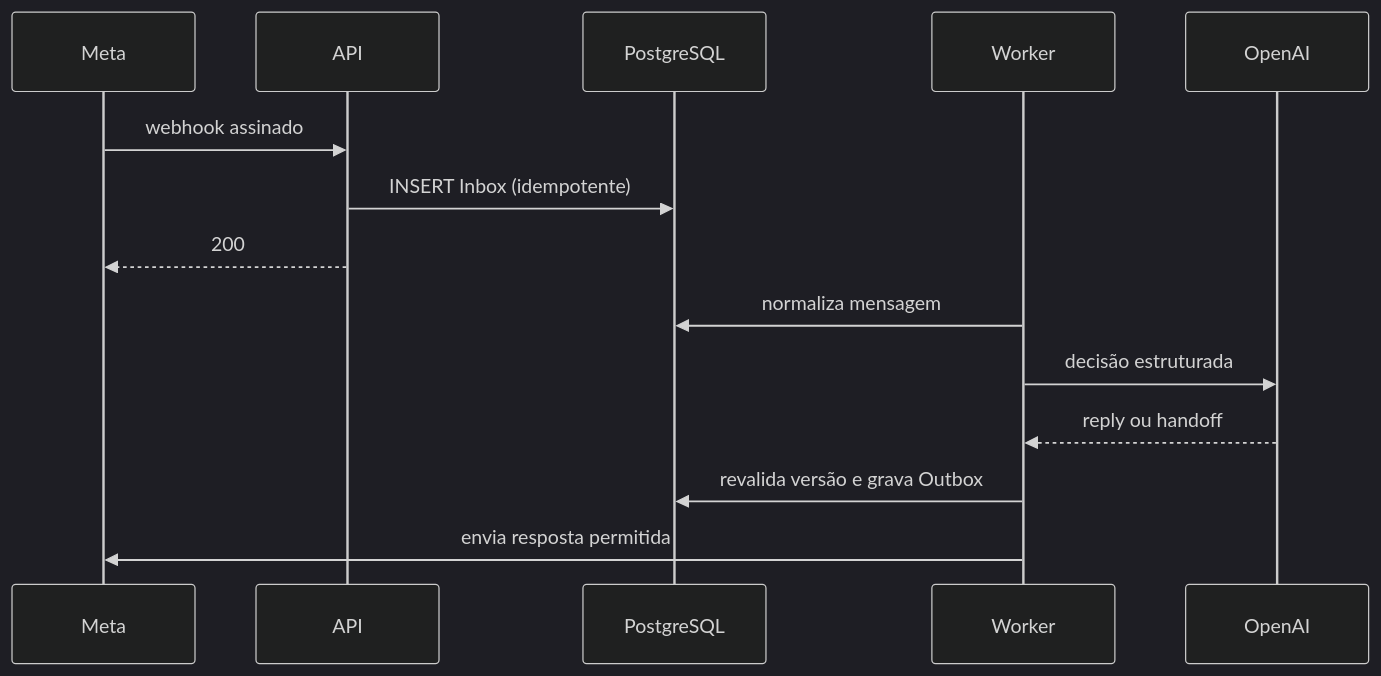
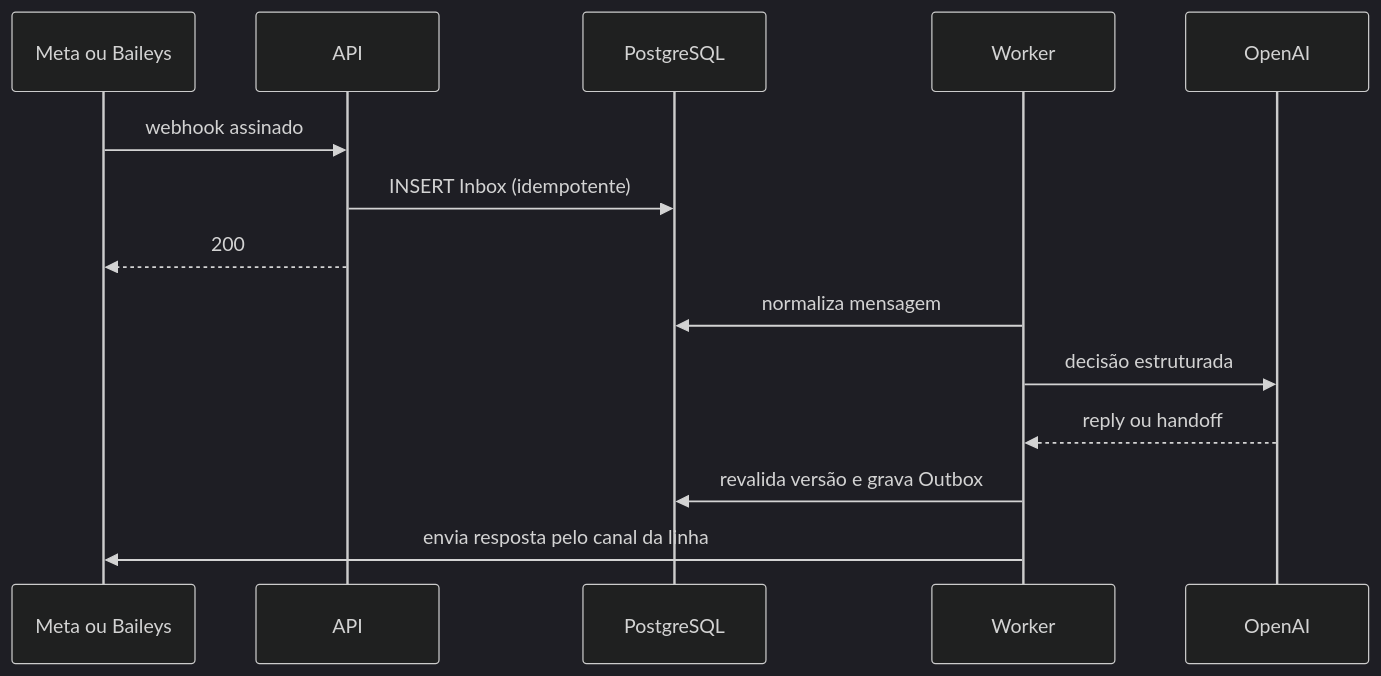
One commit to MelqueLord/WhatsAppAI changed the fourth of 4 diagrams in docs/architecture/architecture.md. Above: the diagram before and after it, drawn with Mermaid (dark theme). The commit also changed other lines of this file and 35 other files, not shown here.

````diff
--- a/docs/architecture/architecture.md
+++ b/docs/architecture/architecture.md
@@ -45,16 +49,16 @@
 ```mermaid
 sequenceDiagram
-  participant M as Meta
+  participant M as Meta ou Baileys
   participant A as API
   participant D as PostgreSQL
   participant W as Worker
   participant O as OpenAI
   M->>A: webhook assinado
   A->>D: INSERT Inbox (idempotente)
   A-->>M: 200
   W->>D: normaliza mensagem
   W->>O: decisão estruturada
   O-->>W: reply ou handoff
   W->>D: revalida versão e grava Outbox
-  W->>M: envia resposta permitida
+  W->>M: envia resposta pelo canal da linha
 ```
````
